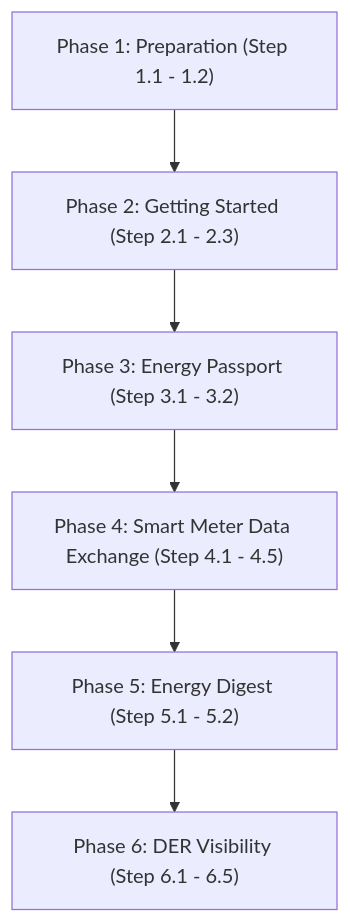
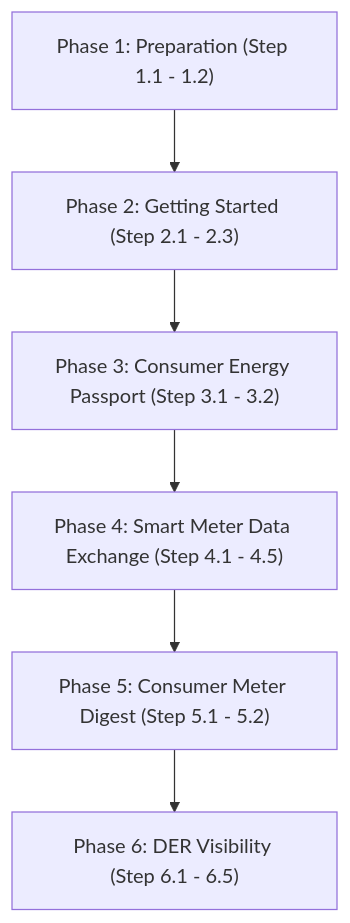
Before and after one commit to India-Energy-Stack/ies-accelerator: the diagram in pathways/utility.md, drawn with Mermaid. The commit also changed other lines of this file, not shown here.

Commit message:
docs(pathways): standardize terminology for Consumer Meter Digest and Consumer Energy Passport

````diff
--- a/pathways/utility.md
+++ b/pathways/utility.md
@@ -11,8 +11,8 @@
 ```mermaid
 flowchart TD
     prep["Phase 1: Preparation (Step 1.1 - 1.2)"] --> init["Phase 2: Getting Started (Step 2.1 - 2.3)"]
-    init --> passport["Phase 3: Energy Passport (Step 3.1 - 3.2)"]
+    init --> passport["Phase 3: Consumer Energy Passport (Step 3.1 - 3.2)"]
     passport --> dex["Phase 4: Smart Meter Data Exchange (Step 4.1 - 4.5)"]
-    dex --> bill["Phase 5: Energy Digest (Step 5.1 - 5.2)"]
+    dex --> bill["Phase 5: Consumer Meter Digest (Step 5.1 - 5.2)"]
     bill --> der["Phase 6: DER Visibility (Step 6.1 - 6.5)"]
 ```
````
